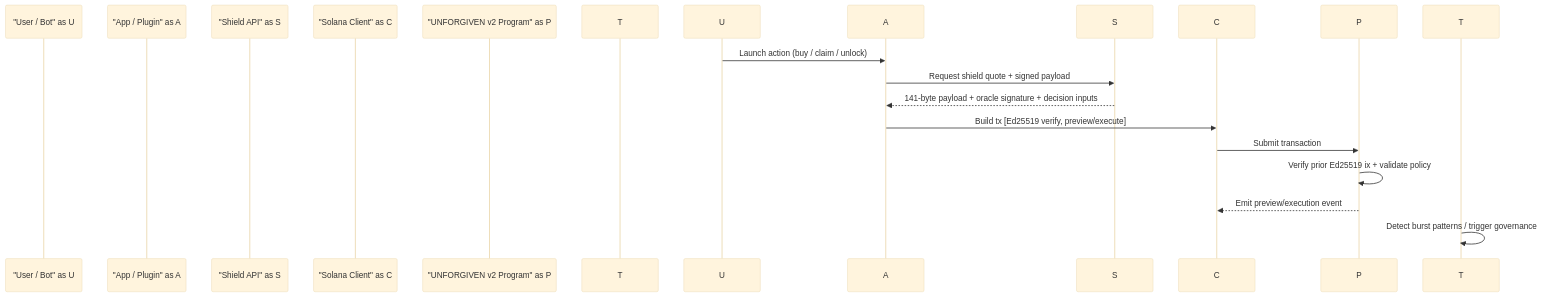
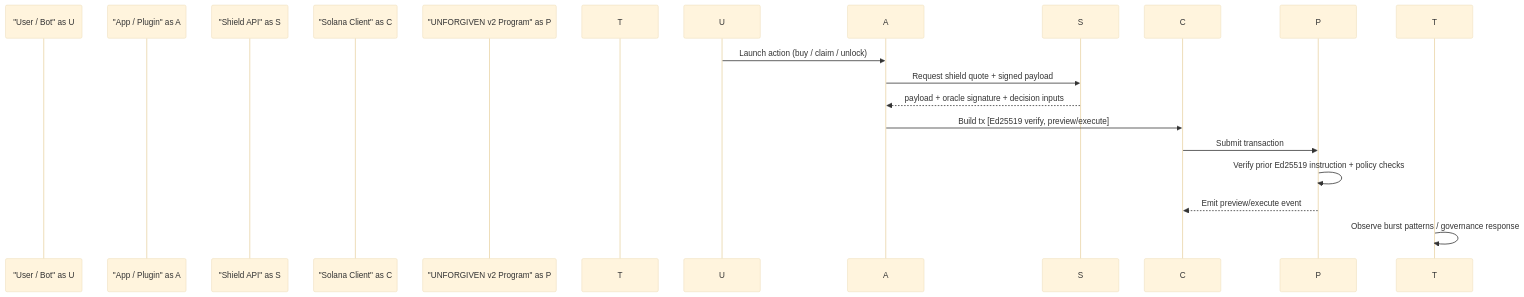
Before and after one commit to ParetoRyuna/project-unforgiven-core: the diagram in README.md, drawn with Mermaid (base theme). The commit also changed other lines of this file, not shown here.

````diff
--- a/README.md
+++ b/README.md
@@ -59,18 +58,18 @@
 ```mermaid
 sequenceDiagram
   participant "User / Bot" as U
   participant "App / Plugin" as A
   participant "Shield API" as S
   participant "Solana Client" as C
   participant "UNFORGIVEN v2 Program" as P
   participant "Sentinel" as T
 
   U->>A: Launch action (buy / claim / unlock)
   A->>S: Request shield quote + signed payload
-  S-->>A: 141-byte payload + oracle signature + decision inputs
+  S-->>A: payload + oracle signature + decision inputs
   A->>C: Build tx [Ed25519 verify, preview/execute]
   C->>P: Submit transaction
-  P->>P: Verify prior Ed25519 ix + validate policy
-  P-->>C: Emit preview/execution event
-  T->>T: Detect burst patterns / trigger governance
+  P->>P: Verify prior Ed25519 instruction + policy checks
+  P-->>C: Emit preview/execute event
+  T->>T: Observe burst patterns / governance response
 ```
````
